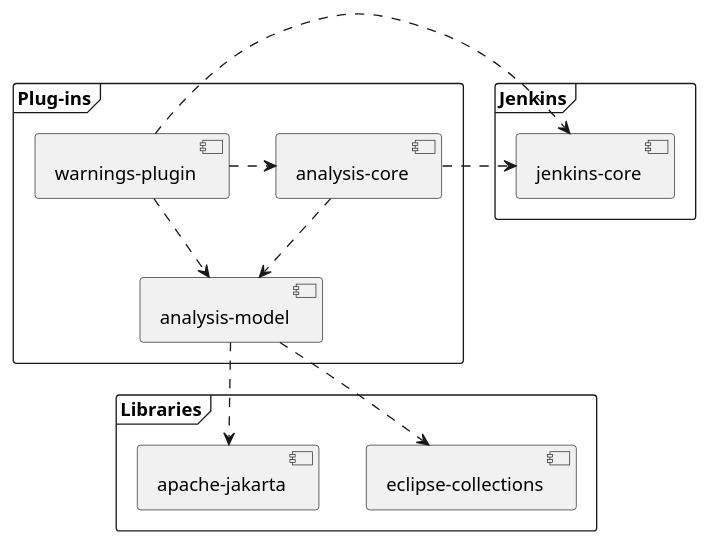
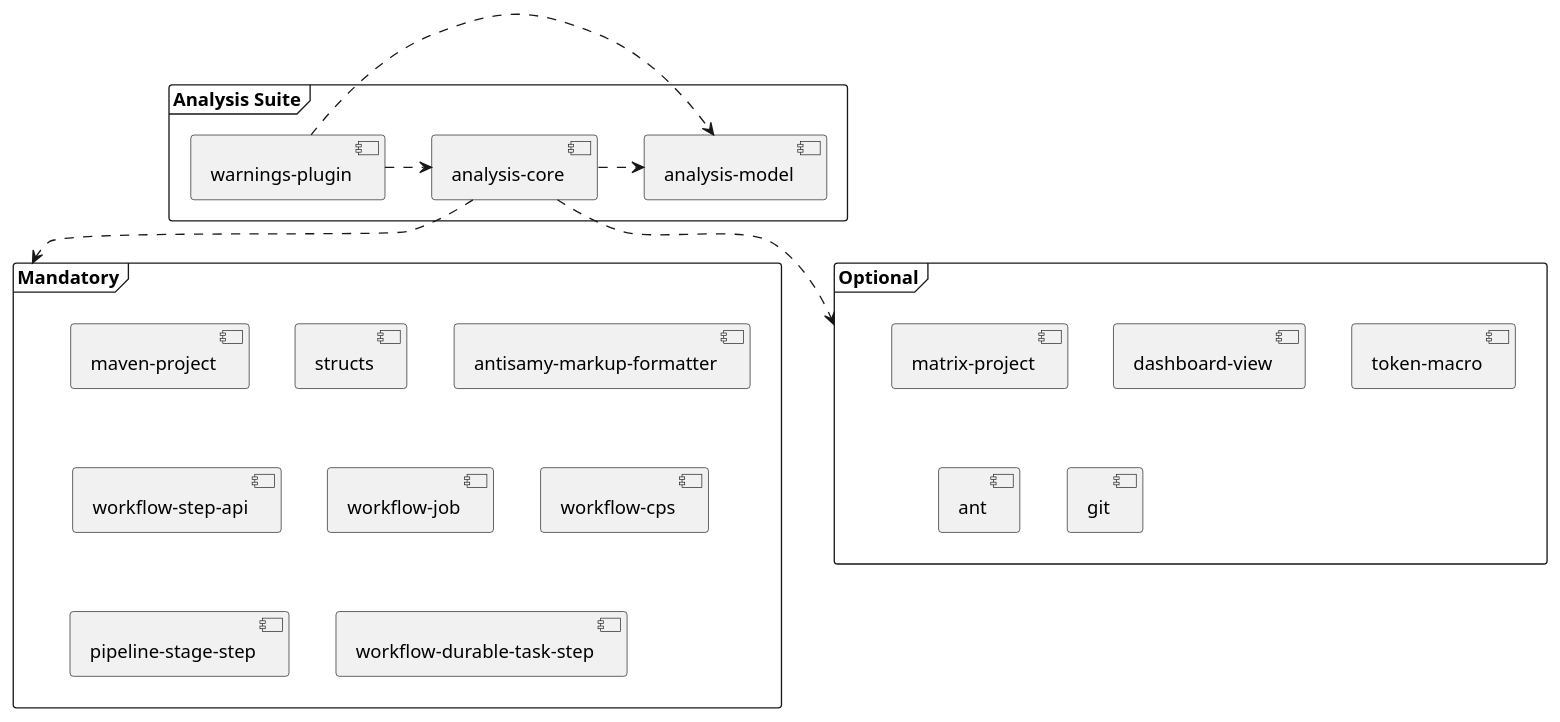
One commit to jenkinsci/analysis-suite-plugin changed the diagram in doc/dependencies.puml. Above: the diagram before and after it, drawn with PlantUML.

Commit message:
Updated dependencies component diagram.

```diff
--- a/doc/dependencies.puml
+++ b/doc/dependencies.puml
@@ -1,27 +1,32 @@
 @startuml
 skinparam componentStyle uml2
 
-frame "Libraries" {
-    [eclipse-collections]
-    [apache-jakarta]
+frame "Mandatory" {
+    [maven-project]
+    [structs]
+    [antisamy-markup-formatter]
+    [workflow-step-api]
+    [workflow-job]
+    [workflow-cps]
+    [pipeline-stage-step]
+    [workflow-durable-task-step]
 }
 
-frame "Jenkins" {
-    [jenkins-core]
+frame "Optional" {
+    [matrix-project]
+    [dashboard-view]
+    [token-macro]
+    [ant]
+    [git]
 }
 
-
-frame "Plug-ins" {
+frame "Analysis Suite" {
     [warnings-plugin] .> [analysis-core]
-    [warnings-plugin] .> [jenkins-core]
-    [warnings-plugin] ..> [analysis-model]
-    [analysis-core] ..>  [analysis-model]
-    [analysis-core] .>  [jenkins-core]
+    [warnings-plugin] .> [analysis-model]
+    [analysis-core] .>  [analysis-model]
 }
 
-[analysis-model] ..> [eclipse-collections]
-[analysis-model] ..> [apache-jakarta]
-
-
+[analysis-core] ..>  Mandatory
+[analysis-core] ..>  Optional
 
 @enduml
```
